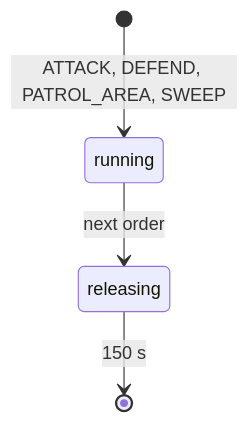
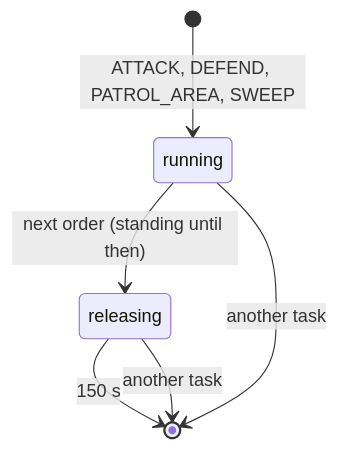
Before and after one commit to Neefay/arma3-llm-harness: diagram 13 of 25 in docs/COMMANDER_MODEL.md, drawn with Mermaid. The commit also changed 2 other files, not shown here.

Commit message:
Machines: CBA tasks on the declared runner; every declared machine checked against its chart
ATTACK, DEFEND, PATROL_AREA and SWEEP run as brmh_cmd_taskMachine: "running"
stands until the next order, which moves it to "releasing". That turns the
men's pathing back on each step for 150 s, since CBA's scripts keep running.
callOffCare leaves a task machine alone, so a replacing order can't cut the
release short. The group flags brmh_cmd_task and brmh_cmd_releaseUntil are
gone.

The model doc test compared only a fixed list of machines with their charts;
it now takes every declared machine too (strike, placing and task were
unchecked).

Live: every order type passes, each squad moving on its next order after
its CBA task.

````diff
--- a/docs/COMMANDER_MODEL.md
+++ b/docs/COMMANDER_MODEL.md
@@ -475,6 +475,10 @@
 ```mermaid
 stateDiagram-v2
+  state "running" as running
+  state "releasing" as releasing
   [*] --> running: ATTACK, DEFEND, PATROL_AREA, SWEEP
-  running --> releasing: next order
+  running --> releasing: next order (standing until then)
   releasing --> [*]: 150 s
+  running --> [*]: another task
+  releasing --> [*]: another task
 ```
````
